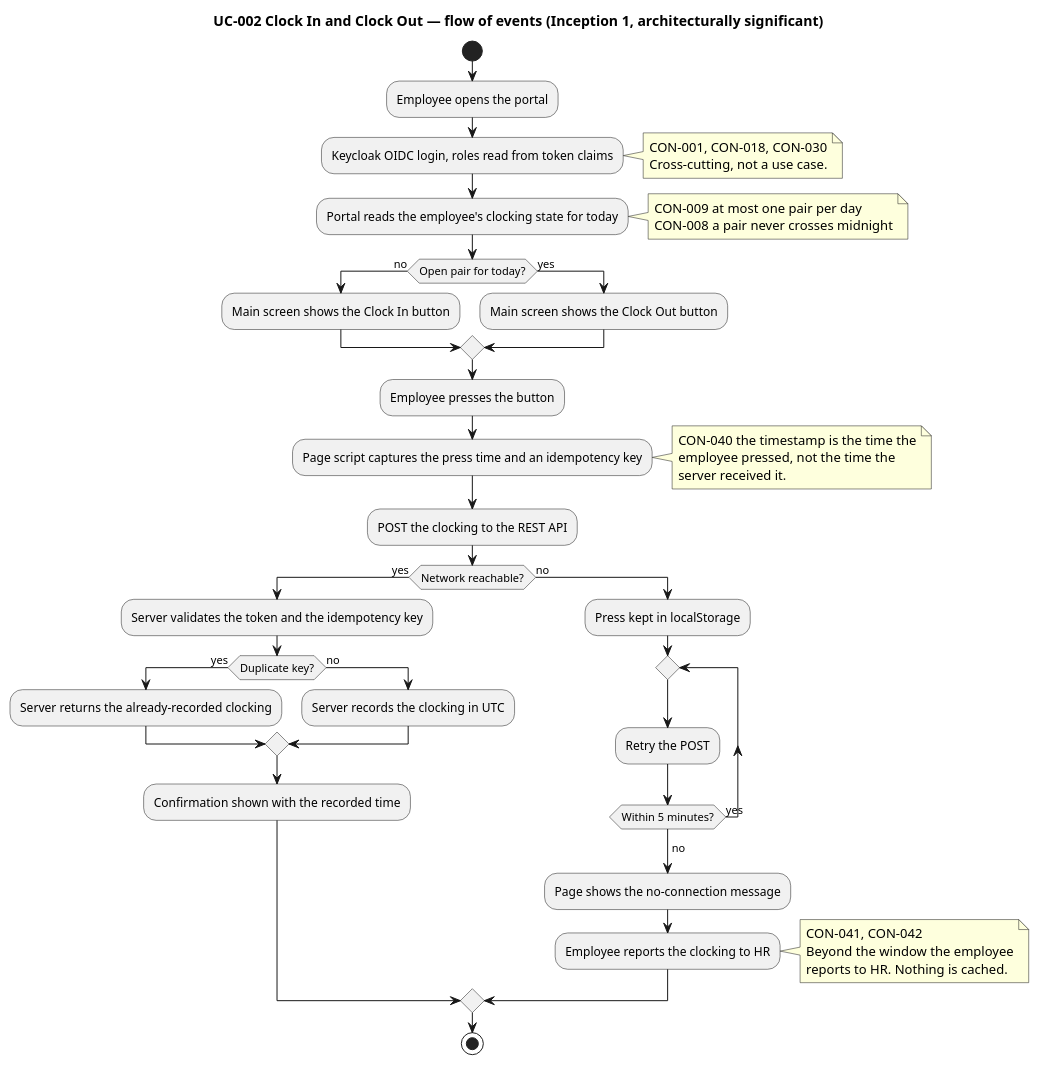
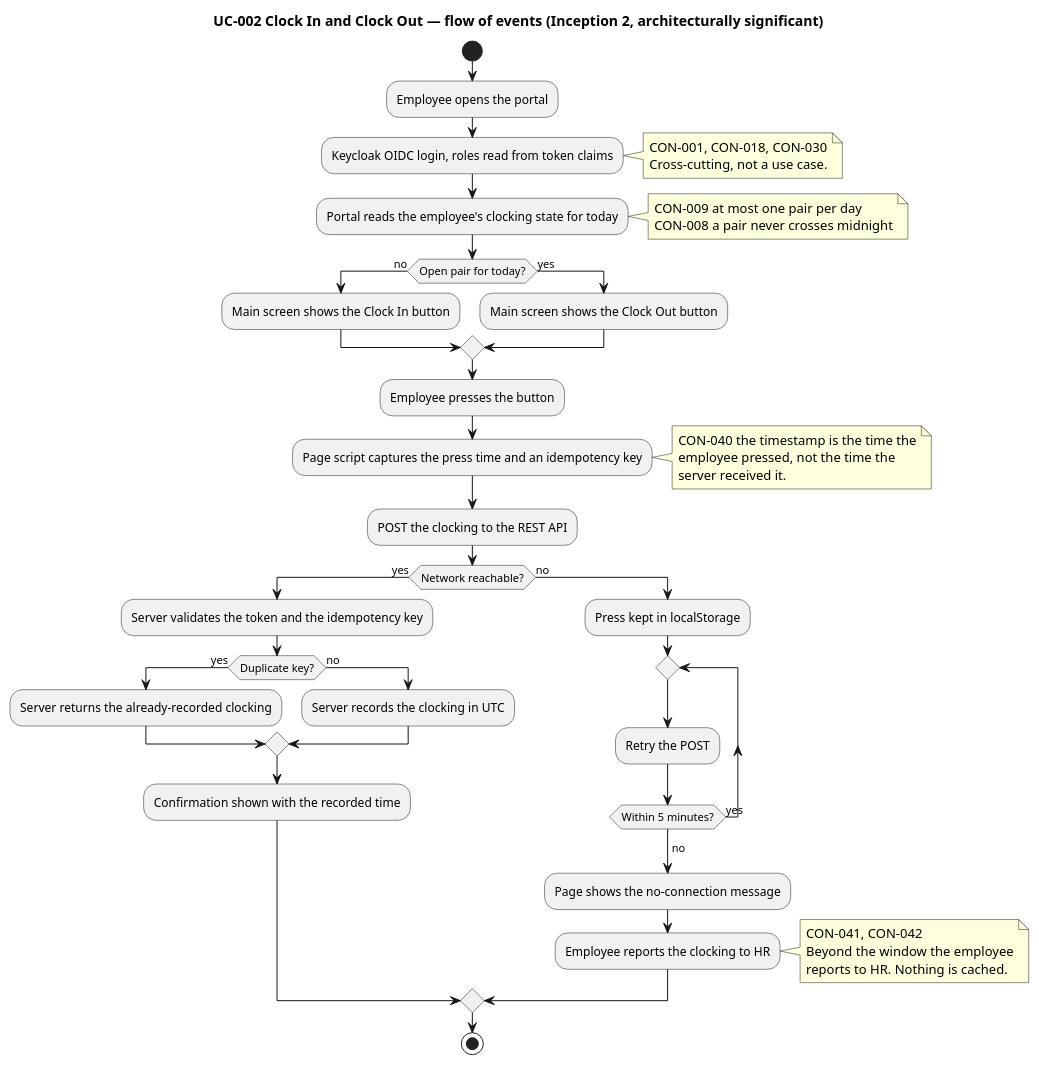
One commit to banense-test/portal changed the second of 6 diagrams in docs/artifacts/requirements/use-case-model.md. Above: the diagram before and after it, drawn with PlantUML. The commit also changed other lines of this file, not shown here.

````diff
--- a/docs/artifacts/requirements/use-case-model.md
+++ b/docs/artifacts/requirements/use-case-model.md
@@ -144,60 +144,60 @@
 ```plantuml
 @startuml
-title UC-002 Clock In and Clock Out — flow of events (Inception 1, architecturally significant)
+title UC-002 Clock In and Clock Out — flow of events (Inception 2, architecturally significant)
 
 start
 :Employee opens the portal;
 :Keycloak OIDC login, roles read from token claims;
 note right
   CON-001, CON-018, CON-030
   Cross-cutting, not a use case.
 end note
 
 :Portal reads the employee's clocking state for today;
 note right
   CON-009 at most one pair per day
   CON-008 a pair never crosses midnight
 end note
 
 if (Open pair for today?) then (no)
   :Main screen shows the Clock In button;
 else (yes)
   :Main screen shows the Clock Out button;
 endif
 
 :Employee presses the button;
 :Page script captures the press time and an idempotency key;
 note right
   CON-040 the timestamp is the time the
   employee pressed, not the time the
   server received it.
 end note
 
 :POST the clocking to the REST API;
 
 if (Network reachable?) then (yes)
   :Server validates the token and the idempotency key;
   if (Duplicate key?) then (yes)
     :Server returns the already-recorded clocking;
   else (no)
     :Server records the clocking in UTC;
   endif
   :Confirmation shown with the recorded time;
 else (no)
   :Press kept in localStorage;
   repeat
     :Retry the POST;
   repeat while (Within 5 minutes?) is (yes)
   ->no;
   :Page shows the no-connection message;
   :Employee reports the clocking to HR;
   note right
     CON-041, CON-042
     Beyond the window the employee
     reports to HR. Nothing is cached.
   end note
 endif
 
 stop
 @enduml
 ```
````
